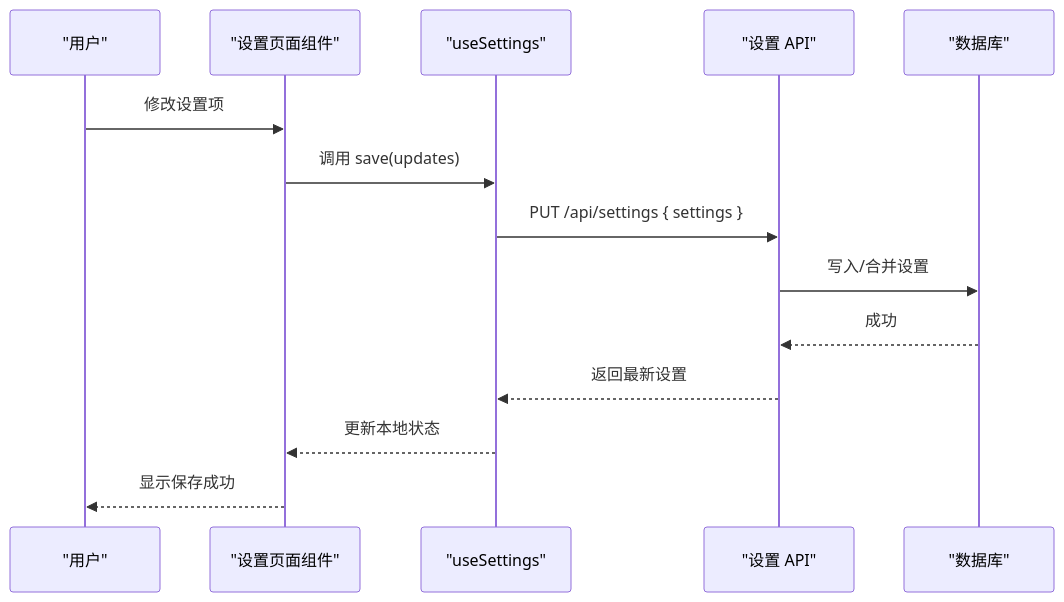
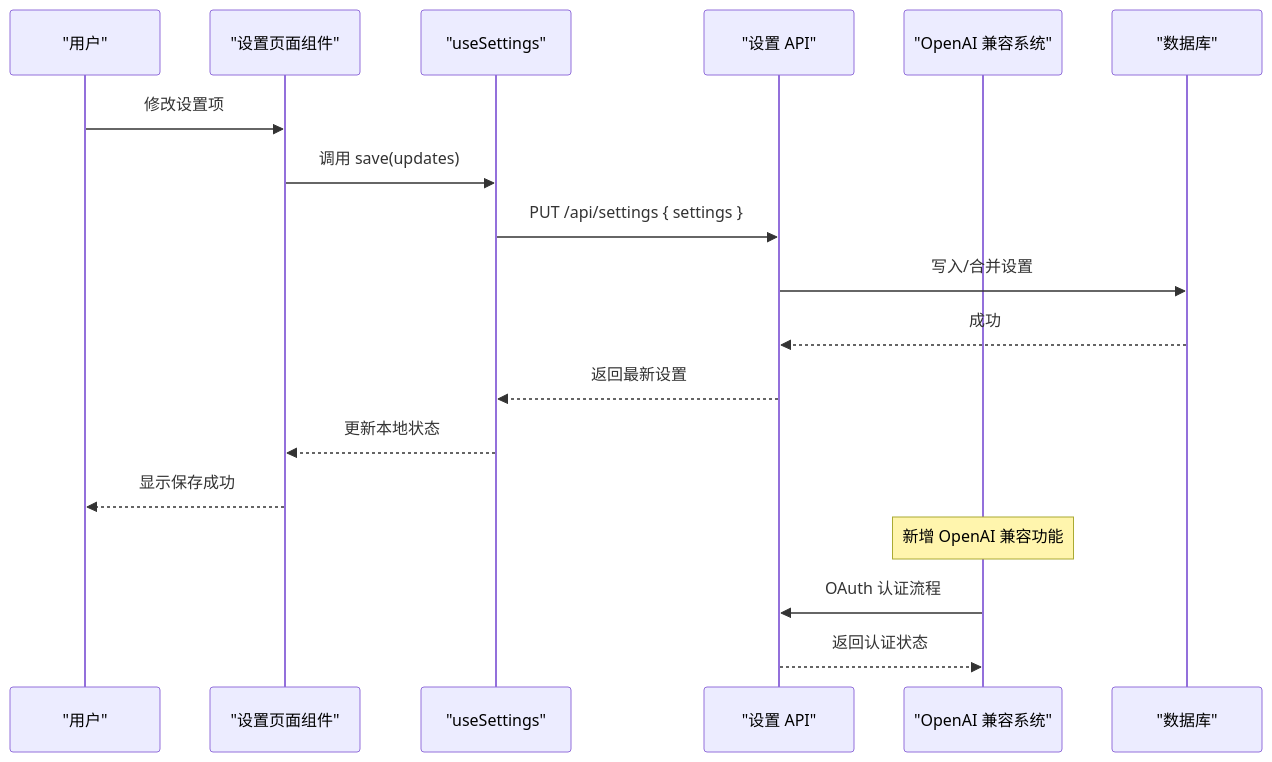
The second of 10 diagrams in .qoder/repowiki/zh/content/核心功能/设置管理系统/设置管理系统.md (haolange/CodePilot), drawn with Mermaid before and after one commit. The commit also changed other lines of this file and 8 other files, not shown here.

````diff
--- a/.qoder/repowiki/zh/content/核心功能/设置管理系统/设置管理系统.md
+++ b/.qoder/repowiki/zh/content/核心功能/设置管理系统/设置管理系统.md
@@ -174,16 +202,20 @@
 ```mermaid
 sequenceDiagram
 participant U as "用户"
 participant UI as "设置页面组件"
 participant Hook as "useSettings"
 participant API as "设置 API"
+participant OAC as "OpenAI 兼容系统"
 participant DB as "数据库"
 U->>UI : 修改设置项
 UI->>Hook : 调用 save(updates)
 Hook->>API : PUT /api/settings { settings }
 API->>DB : 写入/合并设置
 DB-->>API : 成功
 API-->>Hook : 返回最新设置
 Hook-->>UI : 更新本地状态
 UI-->>U : 显示保存成功
+Note over OAC : 新增 OpenAI 兼容功能
+OAC->>API : OAuth 认证流程
+API-->>OAC : 返回认证状态
 ```
````
